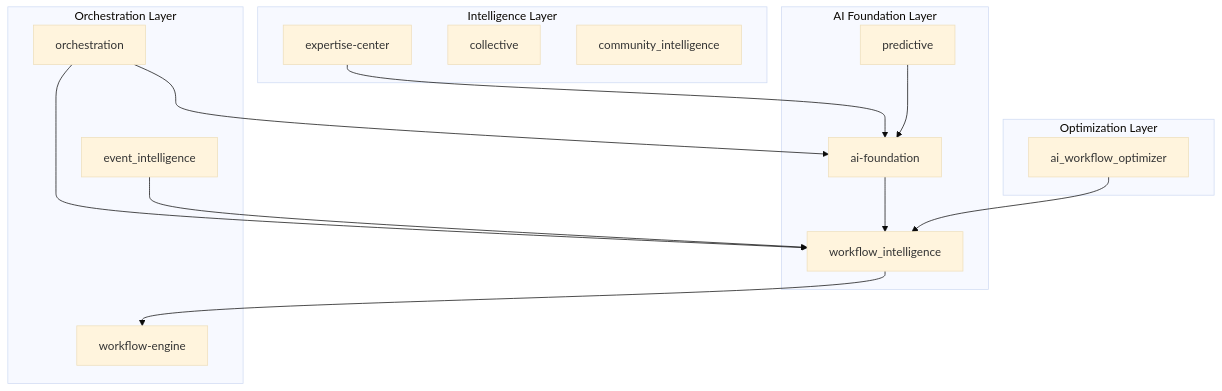
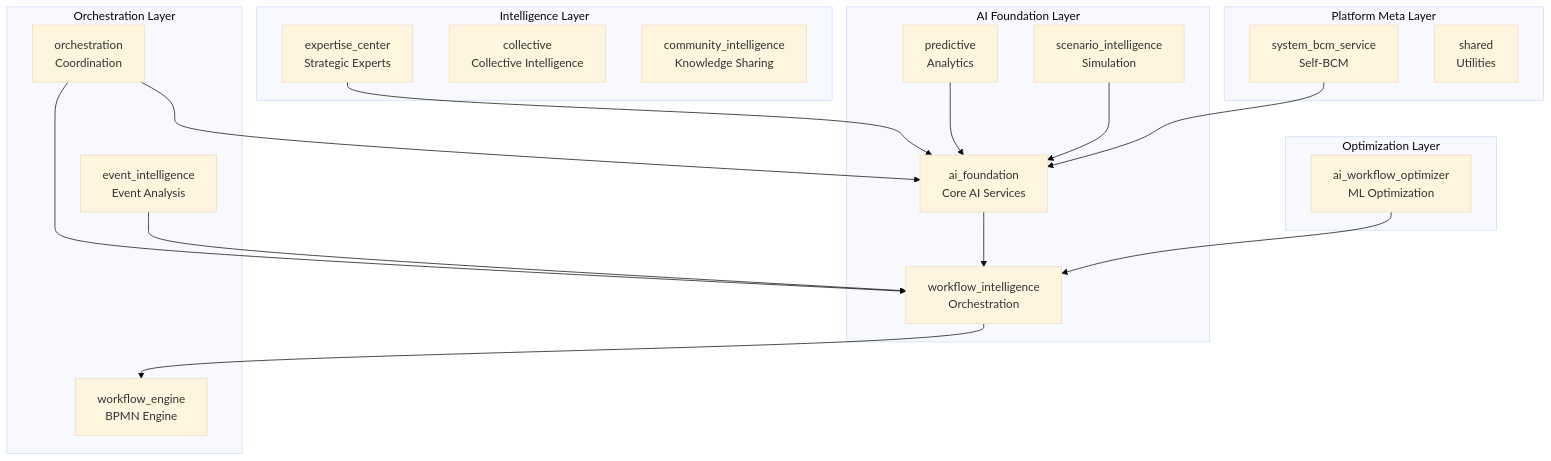
Before and after one commit to OlegFirst/slavik: the diagram in intelligent_core/README.md, drawn with Mermaid (base theme). The commit also changed other lines of this file and 48 other files, not shown here.

````diff
--- a/intelligent_core/README.md
+++ b/intelligent_core/README.md
@@ -28,33 +55,41 @@
 ```mermaid
 graph TB
     subgraph "AI Foundation Layer"
-        AF[ai-foundation]
-        WI[workflow_intelligence]
-        Pred[predictive]
+        AF[ai_foundation<br/>Core AI Services]
+        WI[workflow_intelligence<br/>Orchestration]
+        Pred[predictive<br/>Analytics]
+        SI[scenario_intelligence<br/>Simulation]
     end
 
     subgraph "Orchestration Layer"
-        Orch[orchestration]
-        WE[workflow-engine]
-        Event[event_intelligence]
+        Orch[orchestration<br/>Coordination]
+        WE[workflow_engine<br/>BPMN Engine]
+        Event[event_intelligence<br/>Event Analysis]
     end
 
     subgraph "Intelligence Layer"
-        EC[expertise-center]
-        Coll[collective]
-        Comm[community_intelligence]
+        EC[expertise_center<br/>Strategic Experts]
+        Coll[collective<br/>Collective Intelligence]
+        Comm[community_intelligence<br/>Knowledge Sharing]
     end
 
     subgraph "Optimization Layer"
-        WO[ai_workflow_optimizer]
+        WO[ai_workflow_optimizer<br/>ML Optimization]
+    end
+
+    subgraph "Platform Meta Layer"
+        BCMS[system_bcm_service<br/>Self-BCM]
+        Shared[shared<br/>Utilities]
     end
 
     AF --> WI
     WI --> WE
     Orch --> AF
     Orch --> WI
     EC --> AF
     Pred --> AF
+    SI --> AF
     Event --> WI
     WO --> WI
+    BCMS --> AF
 ```
````
